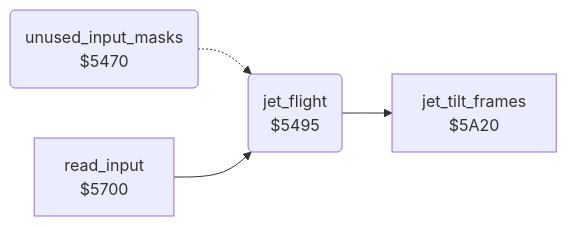
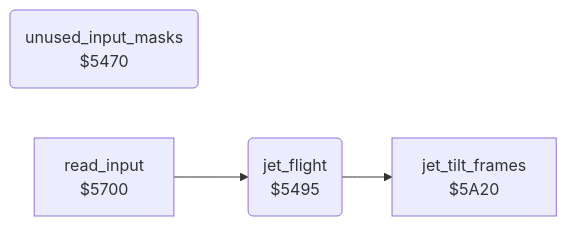
The diagram in falcon_patrol/docs/reference/modules/player/flight.md (henols/c64_games), drawn with Mermaid before and after one commit. The commit also changed other lines of this file and 1100 other files, not shown here.

````diff
--- a/falcon_patrol/docs/reference/modules/player/flight.md
+++ b/falcon_patrol/docs/reference/modules/player/flight.md
@@ -10,10 +17,9 @@
 ```mermaid
 flowchart LR
   n5470("unused_input_masks<br/>$5470")
   n5495("jet_flight<br/>$5495")
   n5700["read_input<br/>$5700"]
   n5a20["jet_tilt_frames<br/>$5A20"]
-  n5470 -.-> n5495
   n5495 --> n5a20
   n5700 --> n5495
 ```
````
